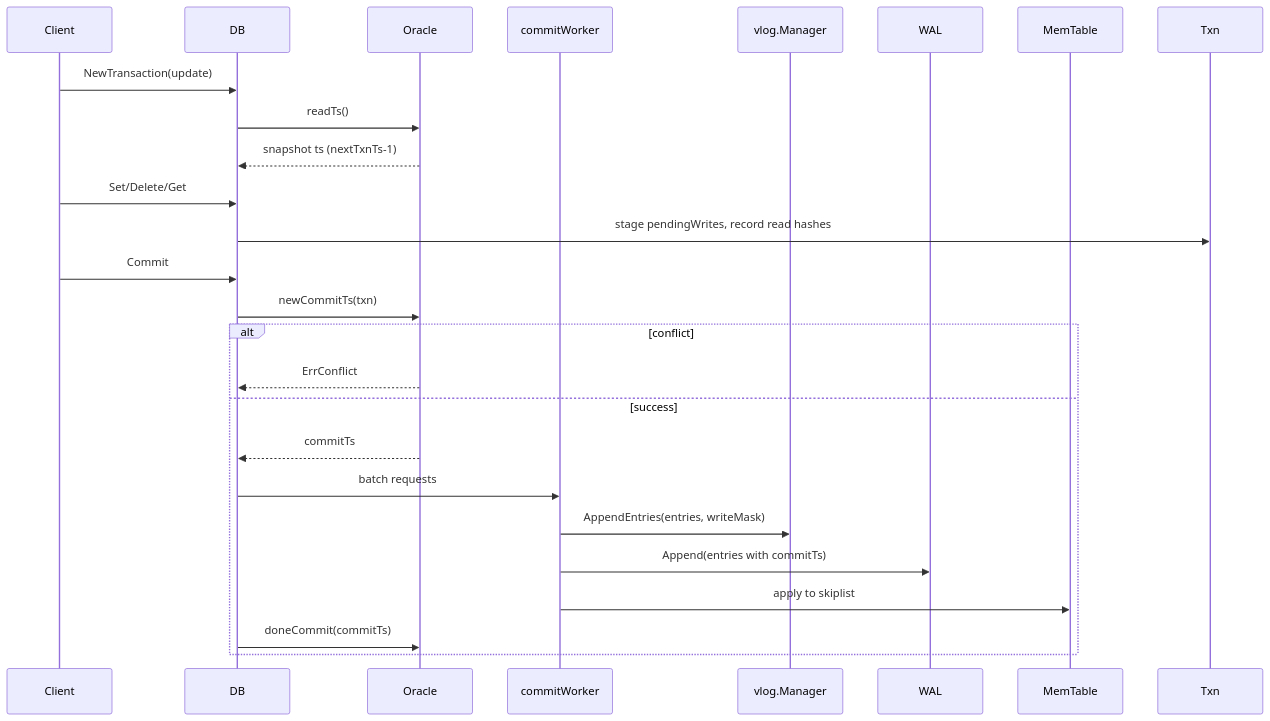
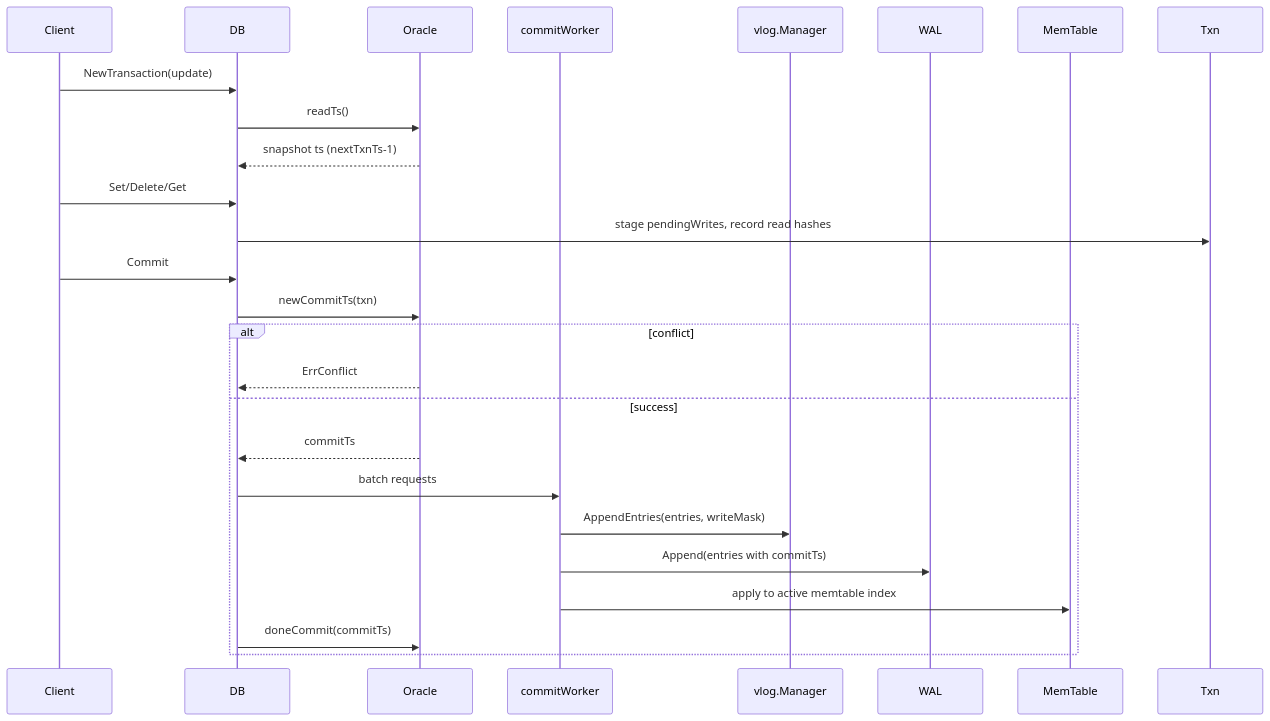
One commit to feichai0017/NoKV changed the diagram in docs/txn.md. Above: the diagram before and after it, drawn with Mermaid. The commit also changed 7 other files, not shown here.

````diff
--- a/docs/txn.md
+++ b/docs/txn.md
@@ -22,27 +22,27 @@
 ```mermaid
 sequenceDiagram
     participant Client
     participant DB
     participant Oracle
     participant Commit as commitWorker
     participant Mgr as vlog.Manager
     participant WAL
     participant Mem as MemTable
     Client->>DB: NewTransaction(update)
     DB->>Oracle: readTs()
     Oracle-->>DB: snapshot ts (nextTxnTs-1)
     Client->>DB: Set/Delete/Get
     DB->>Txn: stage pendingWrites, record read hashes
     Client->>DB: Commit
     DB->>Oracle: newCommitTs(txn)
     alt conflict
         Oracle-->>DB: ErrConflict
     else success
         Oracle-->>DB: commitTs
         DB->>Commit: batch requests
         Commit->>Mgr: AppendEntries(entries, writeMask)
         Commit->>WAL: Append(entries with commitTs)
-        Commit->>Mem: apply to skiplist
+        Commit->>Mem: apply to active memtable index
         DB->>Oracle: doneCommit(commitTs)
     end
 ```
````
